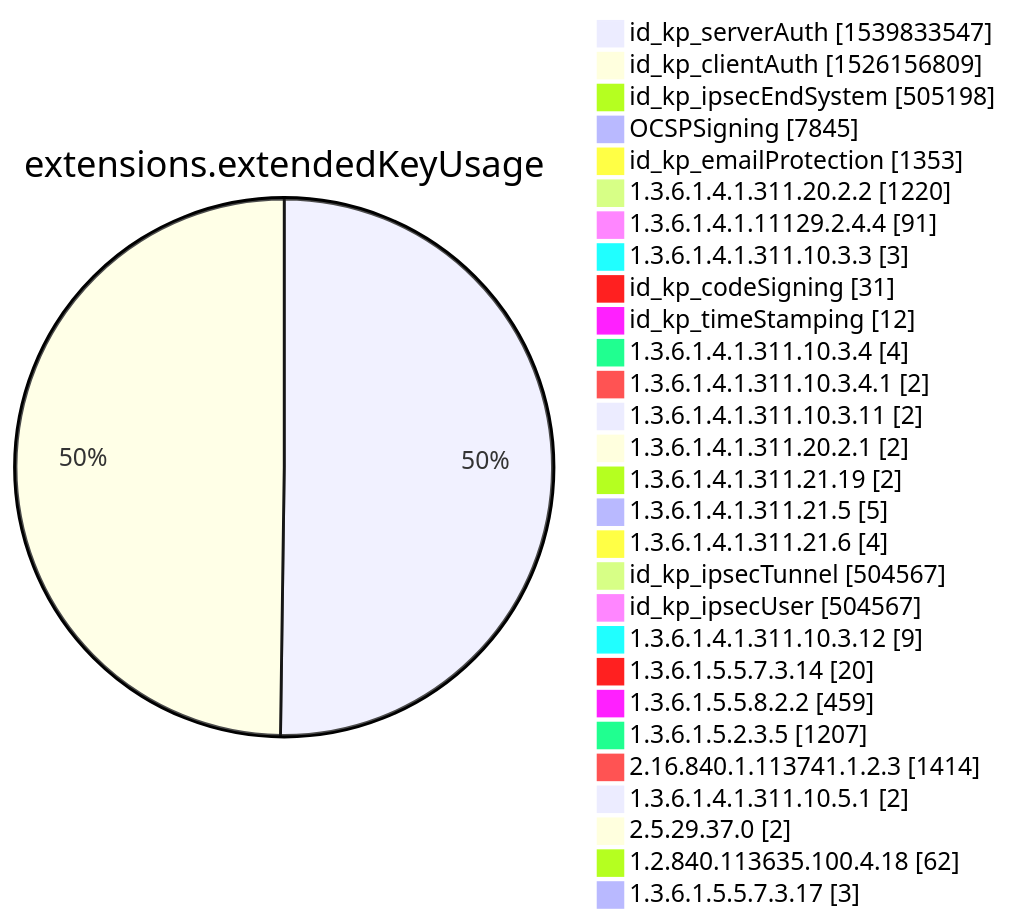
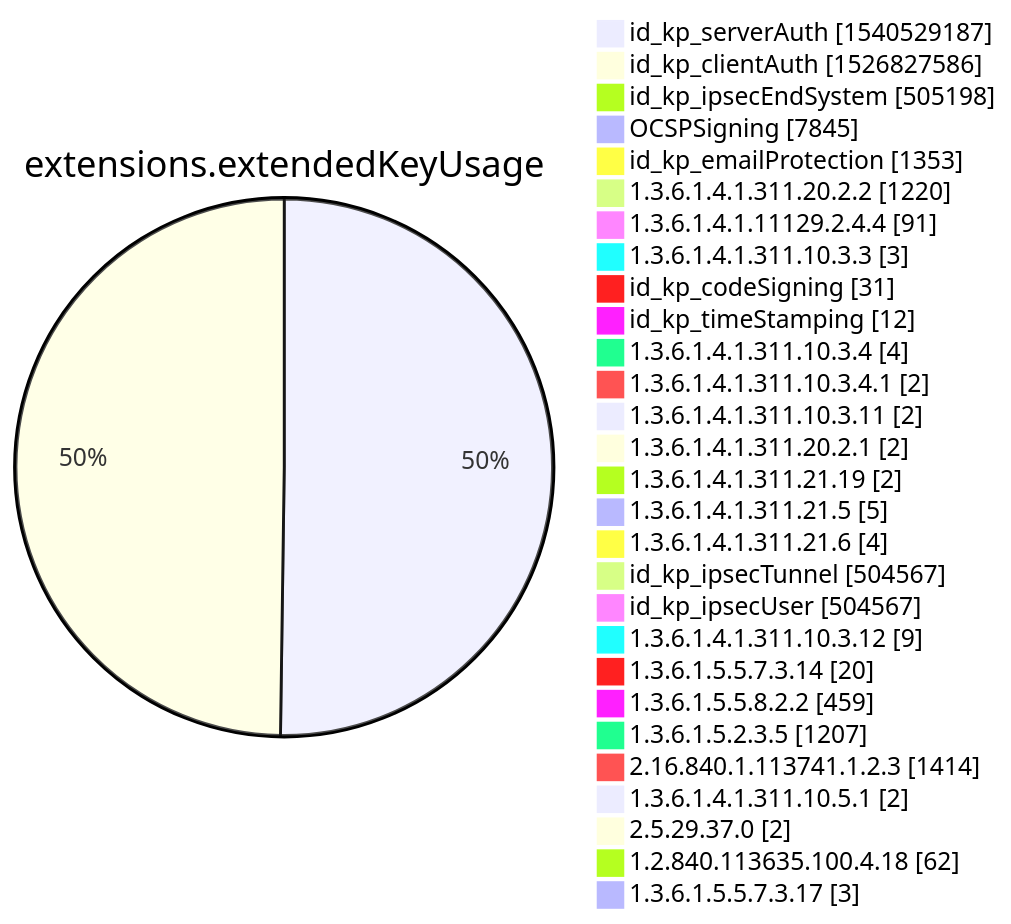
Diagram 12 of 15 in xenon2022/README.md (christiankrug/ctmonitor_visualization), drawn with Mermaid before and after one commit. The commit also changed other lines of this file, not shown here.

````diff
--- a/xenon2022/README.md
+++ b/xenon2022/README.md
@@ -3880,32 +3880,32 @@
 ```mermaid
 pie showData
 title extensions.extendedKeyUsage
-"id_kp_serverAuth" :1539833547
-"id_kp_clientAuth" :1526156809
+"id_kp_serverAuth" :1540529187
+"id_kp_clientAuth" :1526827586
 "id_kp_ipsecEndSystem" :505198
 "OCSPSigning" :7845
 "id_kp_emailProtection" :1353
 "1.3.6.1.4.1.311.20.2.2" :1220
 "1.3.6.1.4.1.11129.2.4.4" :91
 "1.3.6.1.4.1.311.10.3.3" :3
 "id_kp_codeSigning" :31
 "id_kp_timeStamping" :12
 "1.3.6.1.4.1.311.10.3.4" :4
 "1.3.6.1.4.1.311.10.3.4.1" :2
 "1.3.6.1.4.1.311.10.3.11" :2
 "1.3.6.1.4.1.311.20.2.1" :2
 "1.3.6.1.4.1.311.21.19" :2
 "1.3.6.1.4.1.311.21.5" :5
 "1.3.6.1.4.1.311.21.6" :4
 "id_kp_ipsecTunnel" :504567
 "id_kp_ipsecUser" :504567
 "1.3.6.1.4.1.311.10.3.12" :9
 "1.3.6.1.5.5.7.3.14" :20
 "1.3.6.1.5.5.8.2.2" :459
 "1.3.6.1.5.2.3.5" :1207
 "2.16.840.1.113741.1.2.3" :1414
 "1.3.6.1.4.1.311.10.5.1" :2
 "2.5.29.37.0" :2
 "1.2.840.113635.100.4.18" :62
 "1.3.6.1.5.5.7.3.17" :3
 ```
````
